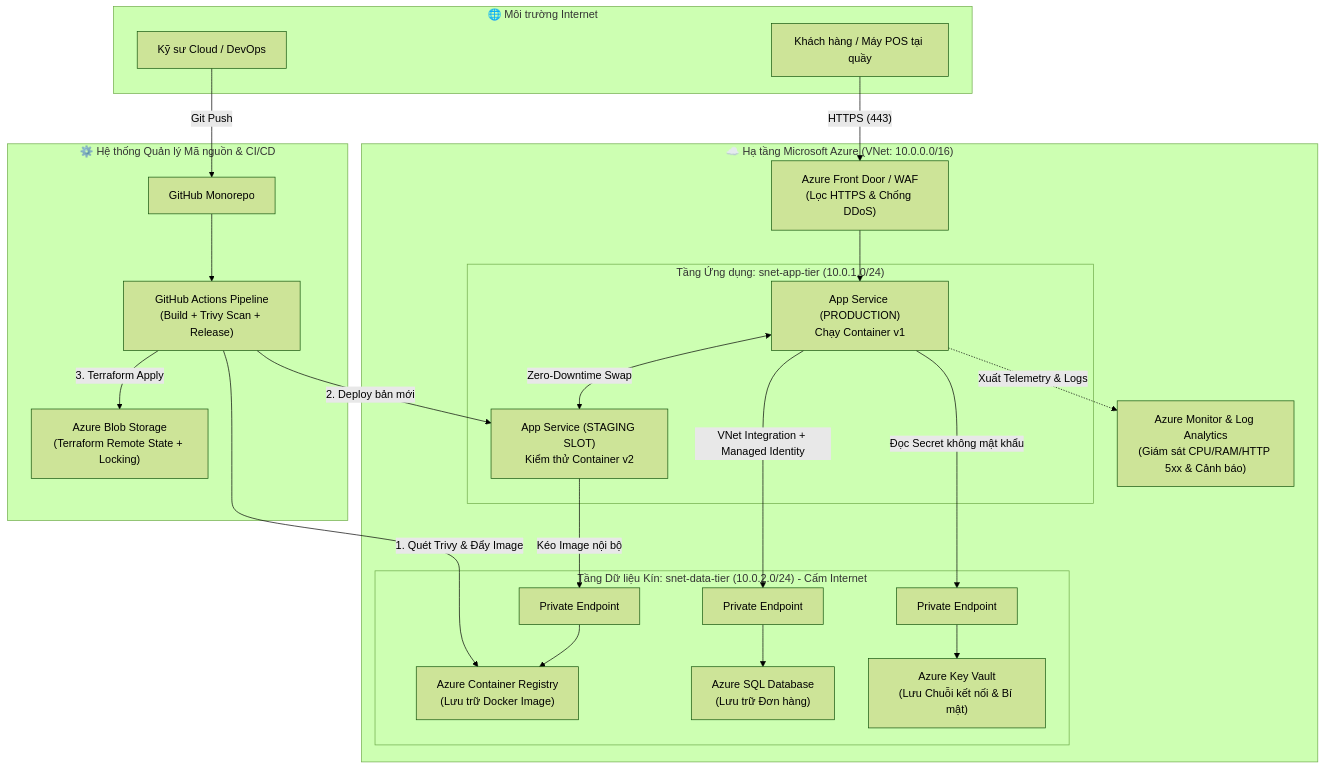
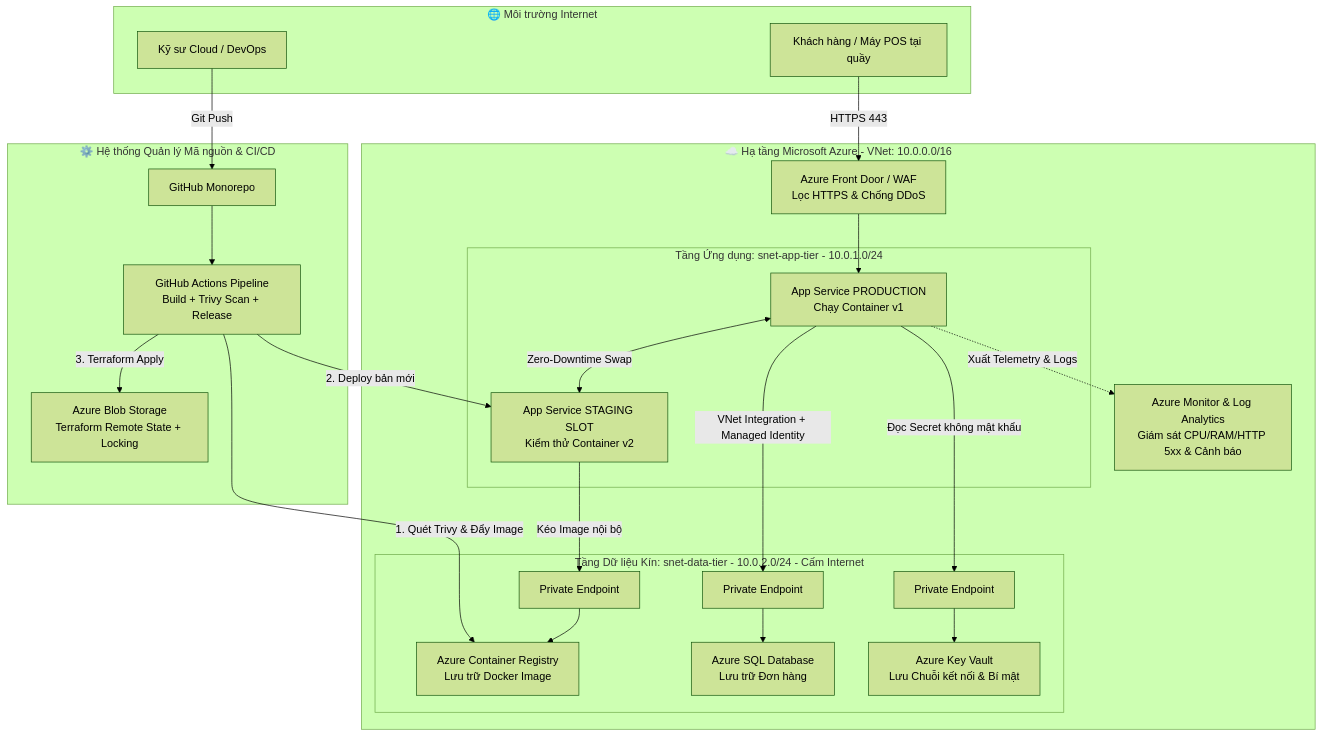
One commit to thaintd/omnipos-enterprise changed the diagram in README.md. Above: the diagram before and after it, drawn with Mermaid (forest theme).

Commit message:
docs: fix mermaid diagram syntax for GitHub rendering

````diff
--- a/README.md
+++ b/README.md
@@ -20,44 +20,44 @@
 ```mermaid
 flowchart TB
     subgraph Internet ["🌐 Môi trường Internet"]
         User["Khách hàng / Máy POS tại quầy"]
         Dev["Kỹ sư Cloud / DevOps"]
     end
 
     subgraph GitHub ["⚙️ Hệ thống Quản lý Mã nguồn & CI/CD"]
         Repo["GitHub Monorepo"]
-        Actions["GitHub Actions Pipeline\n(Build + Trivy Scan + Release)"]
-        TFState["Azure Blob Storage\n(Terraform Remote State + Locking)"]
+        Actions["GitHub Actions Pipeline<br/>Build + Trivy Scan + Release"]
+        TFState["Azure Blob Storage<br/>Terraform Remote State + Locking"]
     end
 
-    subgraph Azure ["☁️ Hạ tầng Microsoft Azure (VNet: 10.0.0.0/16)"]
-        WAF["Azure Front Door / WAF\n(Lọc HTTPS & Chống DDoS)"]
+    subgraph Azure ["☁️ Hạ tầng Microsoft Azure - VNet: 10.0.0.0/16"]
+        WAF["Azure Front Door / WAF<br/>Lọc HTTPS & Chống DDoS"]
 
-        subgraph AppSubnet ["Tầng Ứng dụng: snet-app-tier (10.0.1.0/24)"]
-            ProdApp["App Service (PRODUCTION)\nChạy Container v1"]
-            StageApp["App Service (STAGING SLOT)\nKiểm thử Container v2"]
+        subgraph AppSubnet ["Tầng Ứng dụng: snet-app-tier - 10.0.1.0/24"]
+            ProdApp["App Service PRODUCTION<br/>Chạy Container v1"]
+            StageApp["App Service STAGING SLOT<br/>Kiểm thử Container v2"]
             ProdApp <-->|"Zero-Downtime Swap"| StageApp
         end
 
-        subgraph DataSubnet ["Tầng Dữ liệu Kín: snet-data-tier (10.0.2.0/24) - Cấm Internet"]
-            PE_ACR["Private Endpoint"] --> ACR["Azure Container Registry\n(Lưu trữ Docker Image)"]
-            PE_SQL["Private Endpoint"] --> SQL["Azure SQL Database\n(Lưu trữ Đơn hàng)"]
-            PE_KV["Private Endpoint"] --> KV["Azure Key Vault\n(Lưu Chuỗi kết nối & Bí mật)"]
+        subgraph DataSubnet ["Tầng Dữ liệu Kín: snet-data-tier - 10.0.2.0/24 - Cấm Internet"]
+            PE_ACR["Private Endpoint"] --> ACR["Azure Container Registry<br/>Lưu trữ Docker Image"]
+            PE_SQL["Private Endpoint"] --> SQL["Azure SQL Database<br/>Lưu trữ Đơn hàng"]
+            PE_KV["Private Endpoint"] --> KV["Azure Key Vault<br/>Lưu Chuỗi kết nối & Bí mật"]
         end
 
-        Monitor["Azure Monitor & Log Analytics\n(Giám sát CPU/RAM/HTTP 5xx & Cảnh báo)"]
+        Monitor["Azure Monitor & Log Analytics<br/>Giám sát CPU/RAM/HTTP 5xx & Cảnh báo"]
     end
 
-    User -->|"HTTPS (443)"| WAF
+    User -->|"HTTPS 443"| WAF
     WAF --> ProdApp
     ProdApp -->|"VNet Integration + Managed Identity"| PE_SQL
     ProdApp -->|"Đọc Secret không mật khẩu"| PE_KV
     StageApp -->|"Kéo Image nội bộ"| PE_ACR
 
     Dev -->|"Git Push"| Repo
     Repo --> Actions
     Actions -->|"1. Quét Trivy & Đẩy Image"| ACR
     Actions -->|"2. Deploy bản mới"| StageApp
     Actions -->|"3. Terraform Apply"| TFState
     ProdApp -.->|"Xuất Telemetry & Logs"| Monitor
 ```
````
